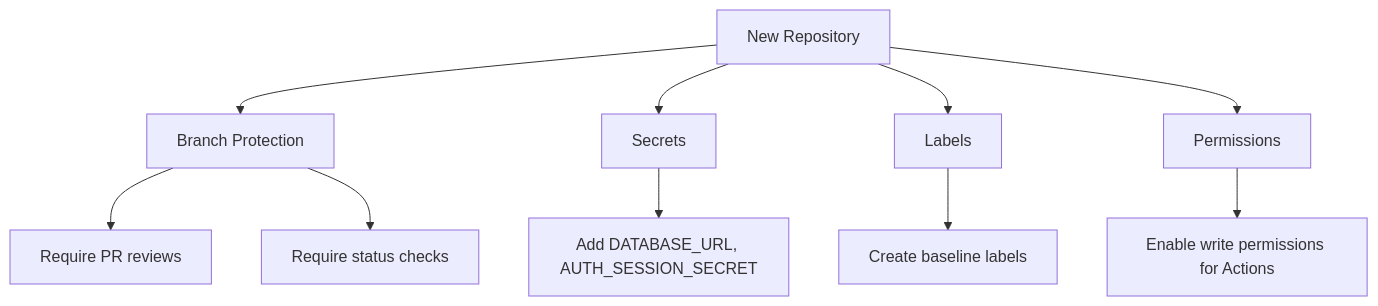
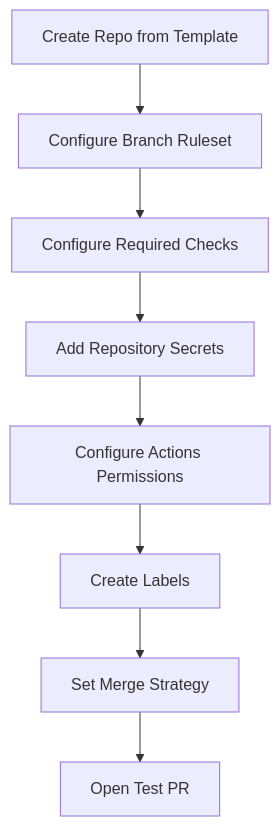
One commit to azmarifdev/Next.js-Scalable-Boilerplate changed the diagram in docs/guides/github-setup-checklist.md. Above: the diagram before and after it, drawn with Mermaid. The commit also changed other lines of this file and 11 other files, not shown here.

````diff
--- a/docs/guides/github-setup-checklist.md
+++ b/docs/guides/github-setup-checklist.md
@@ -161,12 +13,10 @@
 ```mermaid
 graph TD
-    A[New Repository] --> B[Branch Protection]
-    A --> C[Secrets]
-    A --> D[Labels]
-    A --> E[Permissions]
-    B --> F[Require PR reviews]
-    B --> G[Require status checks]
-    C --> H[Add DATABASE_URL, AUTH_SESSION_SECRET]
-    D --> I[Create baseline labels]
-    E --> J[Enable write permissions for Actions]
+    A[Create Repo from Template] --> B[Configure Branch Ruleset]
+    B --> C[Configure Required Checks]
+    C --> D[Add Repository Secrets]
+    D --> E[Configure Actions Permissions]
+    E --> F[Create Labels]
+    F --> G[Set Merge Strategy]
+    G --> H[Open Test PR]
 ```
````
